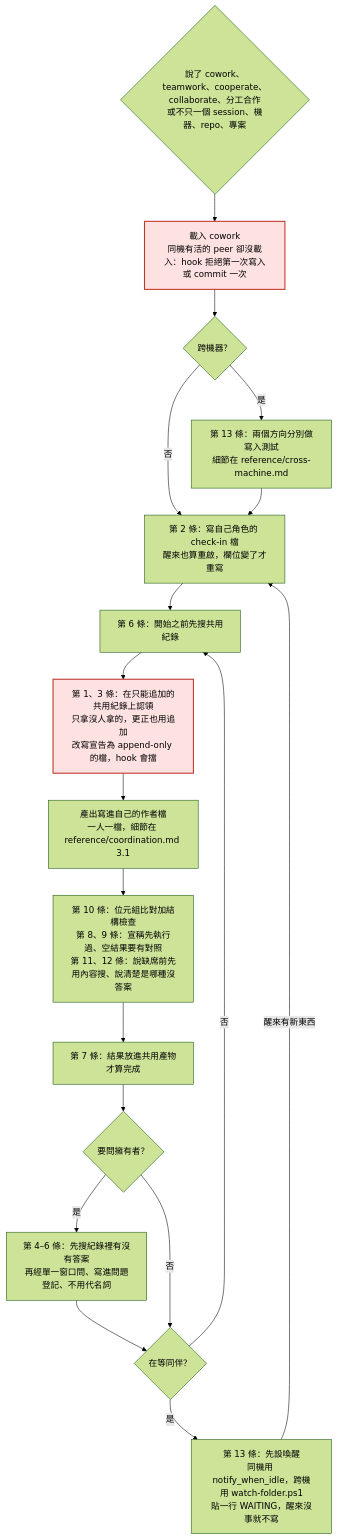
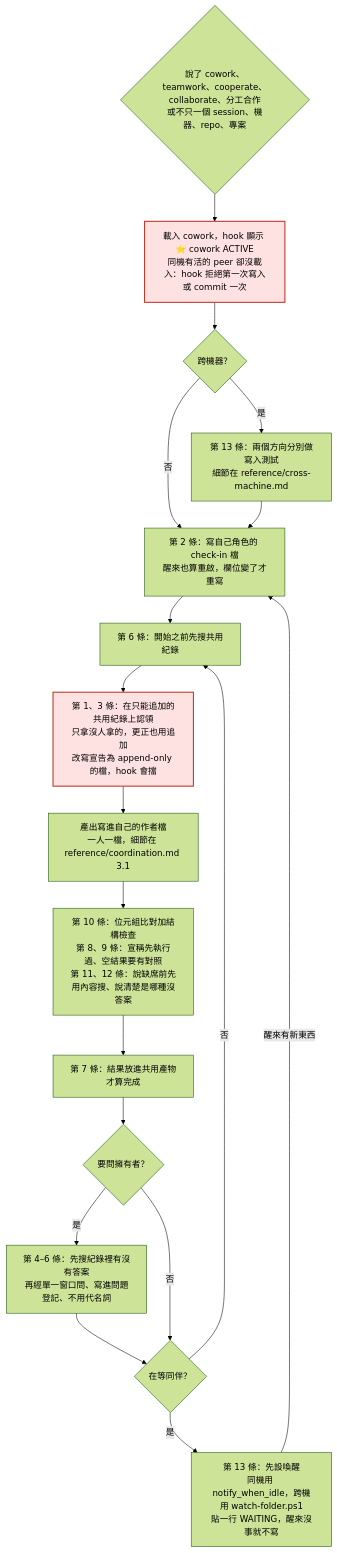
One commit to Dino9021/dispatch-guard changed the third of 6 diagrams in README.md. Above: the diagram before and after it, drawn with Mermaid (forest theme). The commit also changed other lines of this file and 9 other files, not shown here.

````diff
--- a/README.md
+++ b/README.md
@@ -758,22 +763,22 @@
 ```mermaid
 flowchart TD
-  trigger{"說了 cowork、teamwork、cooperate、collaborate、分工合作<br/>或不只一個 session、機器、repo、專案"} --> loadCowork["載入 cowork<br/>同機有活的 peer 卻沒載入：hook 拒絕第一次寫入或 commit 一次"]
+  trigger{"說了 cowork、teamwork、cooperate、collaborate、分工合作<br/>或不只一個 session、機器、repo、專案"} --> loadCowork["載入 cowork，hook 顯示 ⭐ cowork ACTIVE<br/>同機有活的 peer 卻沒載入：hook 拒絕第一次寫入或 commit 一次"]
   loadCowork --> crossMachine{"跨機器？"}
   crossMachine -->|"是"| writeTest["第 13 條：兩個方向分別做寫入測試<br/>細節在 reference/cross-machine.md"]
   crossMachine -->|"否"| checkIn
   writeTest --> checkIn["第 2 條：寫自己角色的 check-in 檔<br/>醒來也算重啟，欄位變了才重寫"]
   checkIn --> searchFirst["第 6 條：開始之前先搜共用紀錄"]
   searchFirst --> claim["第 1、3 條：在只能追加的共用紀錄上認領<br/>只拿沒人拿的，更正也用追加<br/>改寫宣告為 append-only 的檔，hook 會擋"]
   claim --> authorFile["產出寫進自己的作者檔<br/>一人一檔，細節在 reference/coordination.md 3.1"]
   authorFile --> verifyWrite["第 10 條：位元組比對加結構檢查<br/>第 8、9 條：宣稱先執行過、空結果要有對照<br/>第 11、12 條：說缺席前先用內容搜、說清楚是哪種沒答案"]
   verifyWrite --> landResult["第 7 條：結果放進共用產物才算完成"]
   landResult --> askOwner{"要問擁有者？"}
   askOwner -->|"是"| funnel["第 4–6 條：先搜紀錄裡有沒有答案<br/>再經單一窗口問、寫進問題登記、不用代名詞"]
   funnel --> waitPeer
   askOwner -->|"否"| waitPeer{"在等同伴？"}
   waitPeer -->|"是"| armWake["第 13 條：先設喚醒<br/>同機用 notify_when_idle，跨機用 watch-folder.ps1<br/>貼一行 WAITING，醒來沒事就不寫"]
   armWake -->|"醒來有新東西"| checkIn
   waitPeer -->|"否"| searchFirst
   class loadCowork,claim gate
   classDef gate fill:#fde2e1,stroke:#c0392b,stroke-width:2px,color:#000
 ```
````
